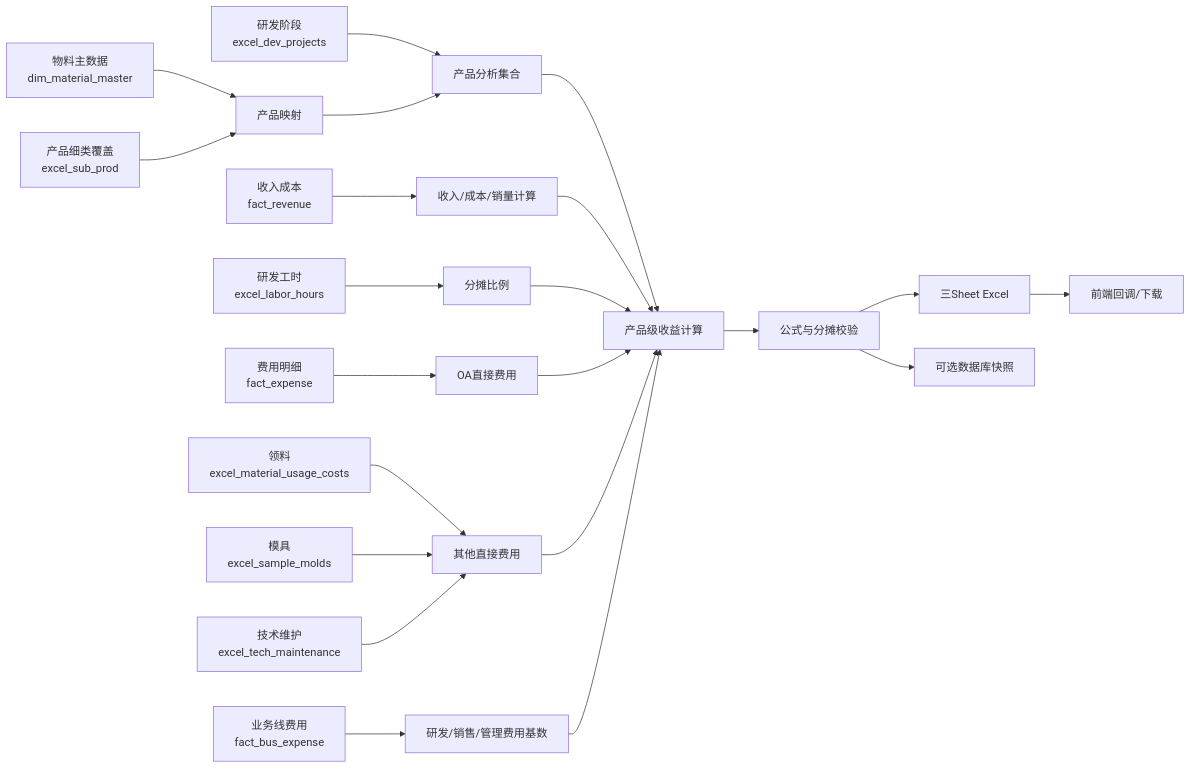
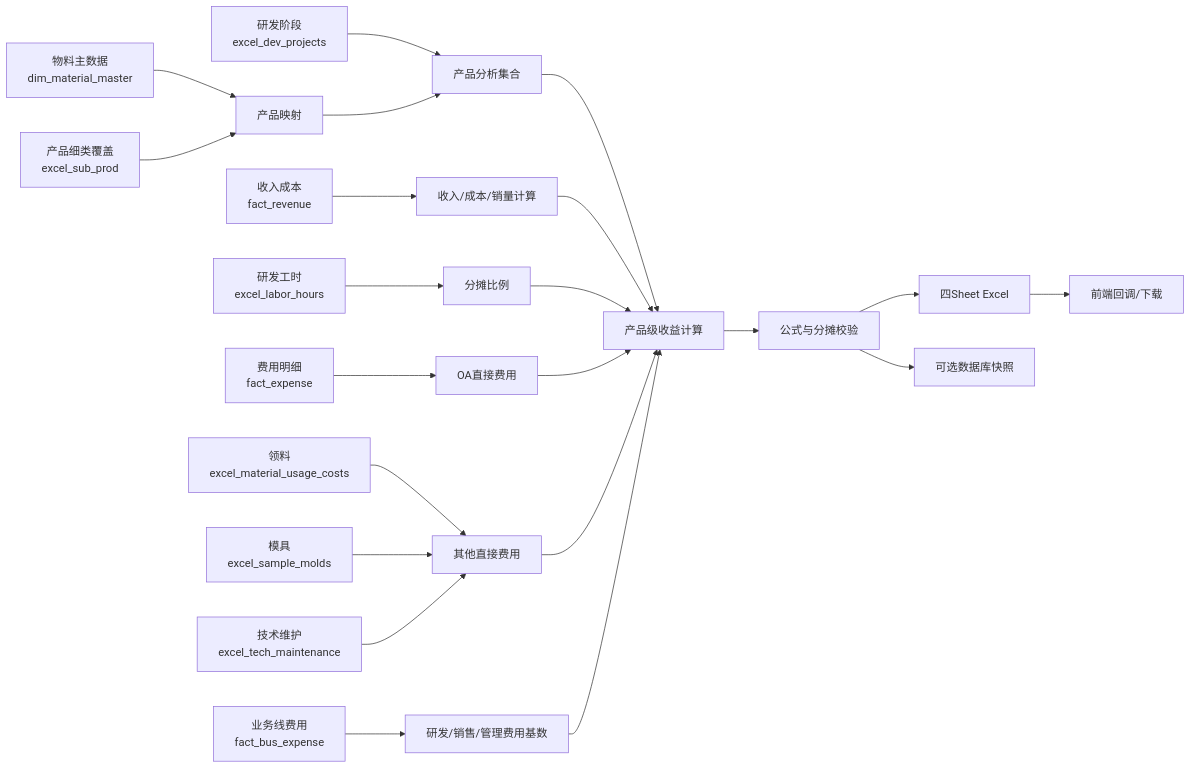
One commit to louisgogo/prefect changed the diagram in docs/rd_project_profitability_flow.md. Above: the diagram before and after it, drawn with Mermaid. The commit also changed other lines of this file and 5 other files, not shown here.

````diff
--- a/docs/rd_project_profitability_flow.md
+++ b/docs/rd_project_profitability_flow.md
@@ -39,27 +37,27 @@
 ```mermaid
 flowchart LR
     P[研发阶段<br/>excel_dev_projects] --> U[产品分析集合]
     M[物料主数据<br/>dim_material_master] --> PM[产品映射]
     O[产品细类覆盖<br/>excel_sub_prod] --> PM
     PM --> U
 
     R[收入成本<br/>fact_revenue] --> RC[收入/成本/销量计算]
     H[研发工时<br/>excel_labor_hours] --> S[分摊比例]
     E[费用明细<br/>fact_expense] --> D[OA直接费用]
     MU[领料<br/>excel_material_usage_costs] --> D2[其他直接费用]
     MO[模具<br/>excel_sample_molds] --> D2
     TM[技术维护<br/>excel_tech_maintenance] --> D2
     BE[业务线费用<br/>fact_bus_expense] --> B[研发/销售/管理费用基数]
 
     U --> C[产品级收益计算]
     RC --> C
     S --> C
     D --> C
     D2 --> C
     B --> C
 
     C --> V[公式与分摊校验]
-    V --> X[三Sheet Excel]
+    V --> X[四Sheet Excel]
     V --> DB[可选数据库快照]
     X --> F[前端回调/下载]
 ```
````
